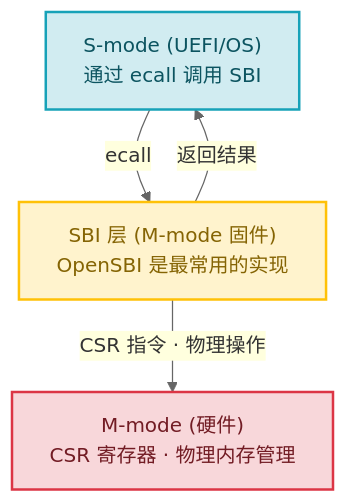
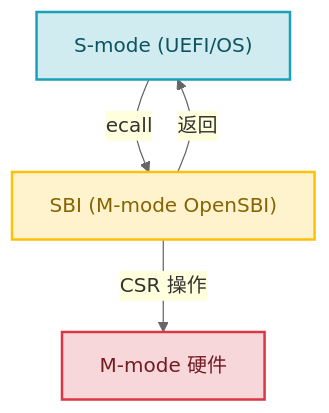
One commit to swjtuer326/cs-learning-notes changed the second of 4 diagrams in edk2/06-riscv-platform.md. Above: the diagram before and after it, drawn with Mermaid. The commit also changed other lines of this file and 8 other files, not shown here.

````diff
--- a/edk2/06-riscv-platform.md
+++ b/edk2/06-riscv-platform.md
@@ -113,18 +106,14 @@
 ```mermaid
 %%{init: {"theme": "base", "themeVariables": {"primaryColor": "#ECECFF", "primaryTextColor": "#333333", "primaryBorderColor": "#9370DB", "lineColor": "#666666", "secondaryColor": "#ffffde", "secondaryBorderColor": "#aaaa33", "tertiaryColor": "#f0f0f0", "fontFamily": "\"trebuchet ms\", verdana, arial, sans-serif"}}}%%
 flowchart TD
-    Smode["S-mode (UEFI/OS)<br/>通过 ecall 调用 SBI"]
-    SbiLayer["SBI 层 (M-mode 固件)<br/>OpenSBI 是最常用的实现"]
-    MmodeHw["M-mode (硬件)<br/>CSR 寄存器 · 物理内存管理"]
-
-    Smode -->|ecall| SbiLayer
-    SbiLayer -->|CSR 指令 · 物理操作| MmodeHw
-    SbiLayer -->|返回结果| Smode
+    Smode["S-mode (UEFI/OS)"] -->|"ecall"| Sbi["SBI (M-mode OpenSBI)"]
+    Sbi -->|"CSR 操作"| Hw["M-mode 硬件"]
+    Sbi -->|"返回"| Smode
 
     classDef smode fill:#d1ecf1,stroke:#17a2b8,color:#0c5460,stroke-width:2px
     classDef sbilayer fill:#fff3cd,stroke:#ffc107,color:#856404,stroke-width:2px
     classDef mmhw fill:#f8d7da,stroke:#dc3545,color:#721c24,stroke-width:2px
     class Smode smode
-    class SbiLayer sbilayer
-    class MmodeHw mmhw
+    class Sbi sbilayer
+    class Hw mmhw
 ```
````
